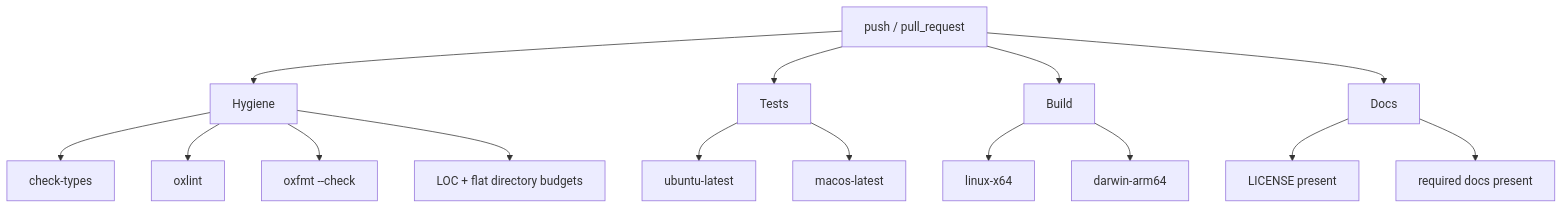
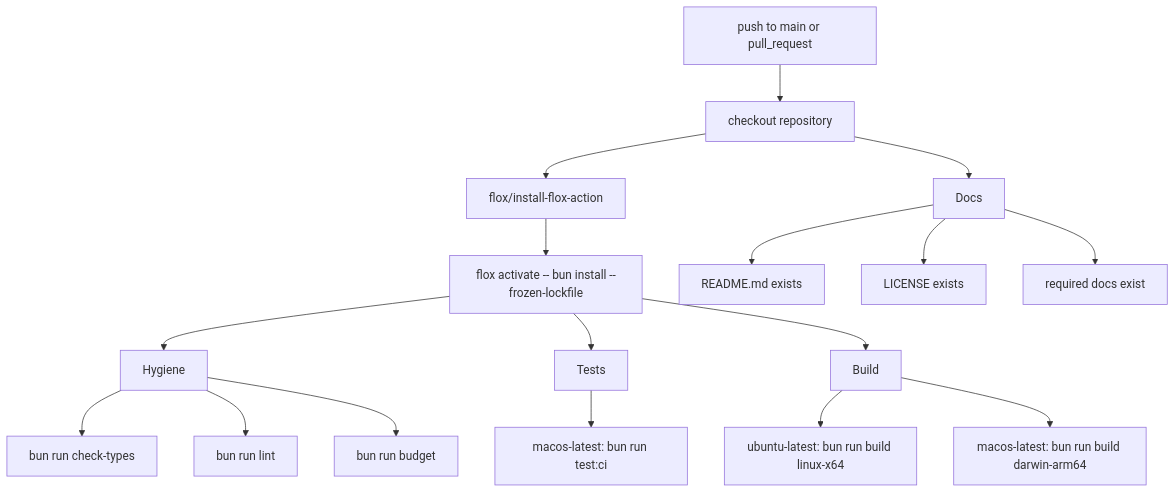
One commit to dotbrains/dune changed the first of 3 diagrams in docs/ci.md. Above: the diagram before and after it, drawn with Mermaid. The commit also changed other lines of this file and 4 other files, not shown here.

````diff
--- a/docs/ci.md
+++ b/docs/ci.md
@@ -5,17 +7,23 @@
 ```mermaid
 flowchart TD
-  Push[push / pull_request] --> Hygiene
-  Push --> Tests
-  Push --> Build
-  Push --> Docs
-  Hygiene --> Types[check-types]
-  Hygiene --> Lint[oxlint]
-  Hygiene --> Format[oxfmt --check]
-  Hygiene --> Budgets[LOC + flat directory budgets]
-  Tests --> Ubuntu[ubuntu-latest]
-  Tests --> Mac[macos-latest]
-  Build --> LinuxBuild[linux-x64]
-  Build --> MacBuild[darwin-arm64]
-  Docs --> License[LICENSE present]
-  Docs --> DocSet[required docs present]
+  Event[push to main or pull_request] --> Checkout[checkout repository]
+  Checkout --> Flox[flox/install-flox-action]
+  Flox --> Install[flox activate -- bun install --frozen-lockfile]
+  Install --> Hygiene
+  Install --> Tests
+  Install --> Build
+  Checkout --> Docs
+
+  Hygiene --> Types[bun run check-types]
+  Hygiene --> Lint[bun run lint]
+  Hygiene --> Budget[bun run budget]
+
+  Tests --> MacTests[macos-latest: bun run test:ci]
+
+  Build --> LinuxBuild[ubuntu-latest: bun run build linux-x64]
+  Build --> MacBuild[macos-latest: bun run build darwin-arm64]
+
+  Docs --> Readme[README.md exists]
+  Docs --> License[LICENSE exists]
+  Docs --> DocSet[required docs exist]
 ```
````
